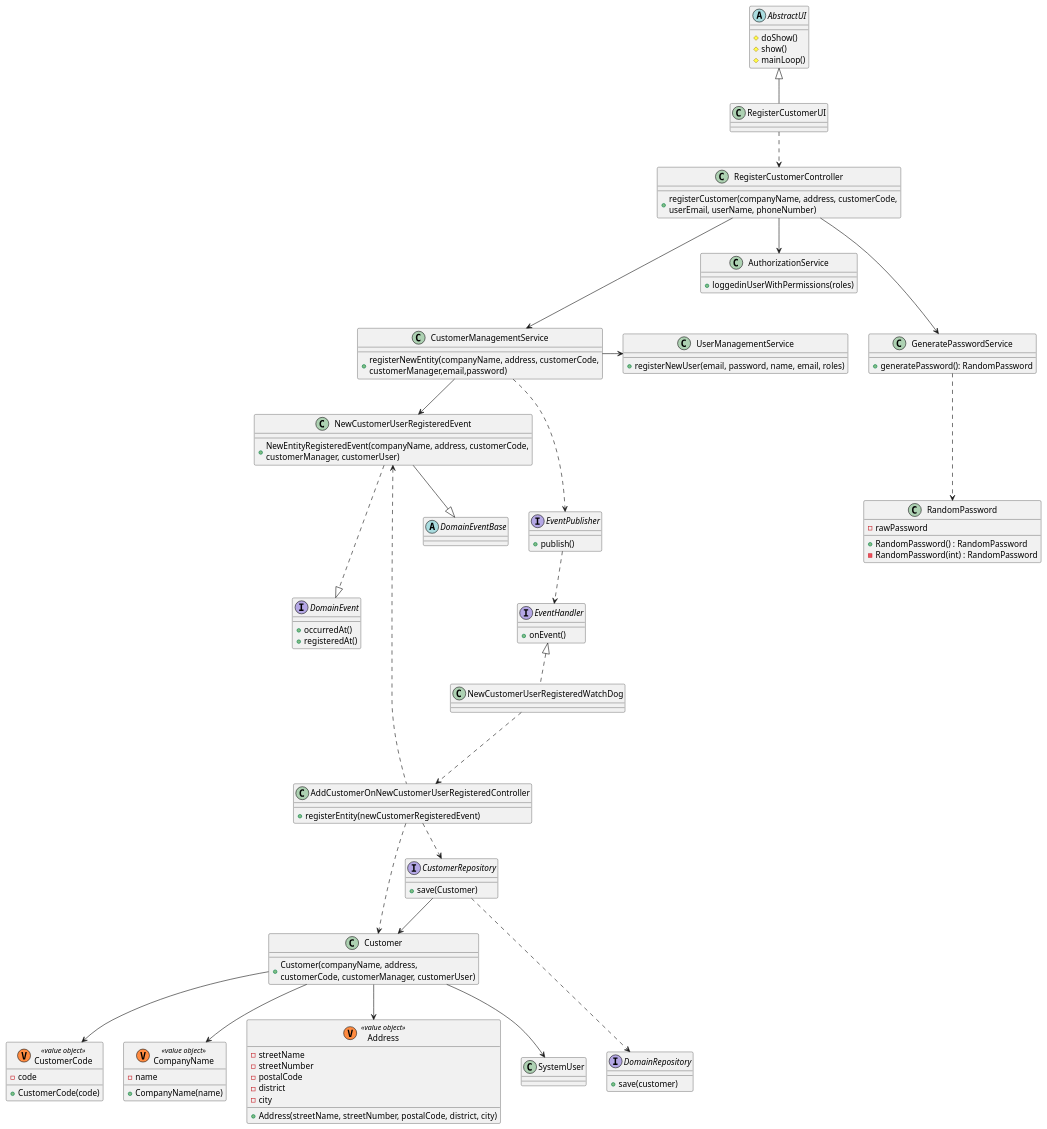
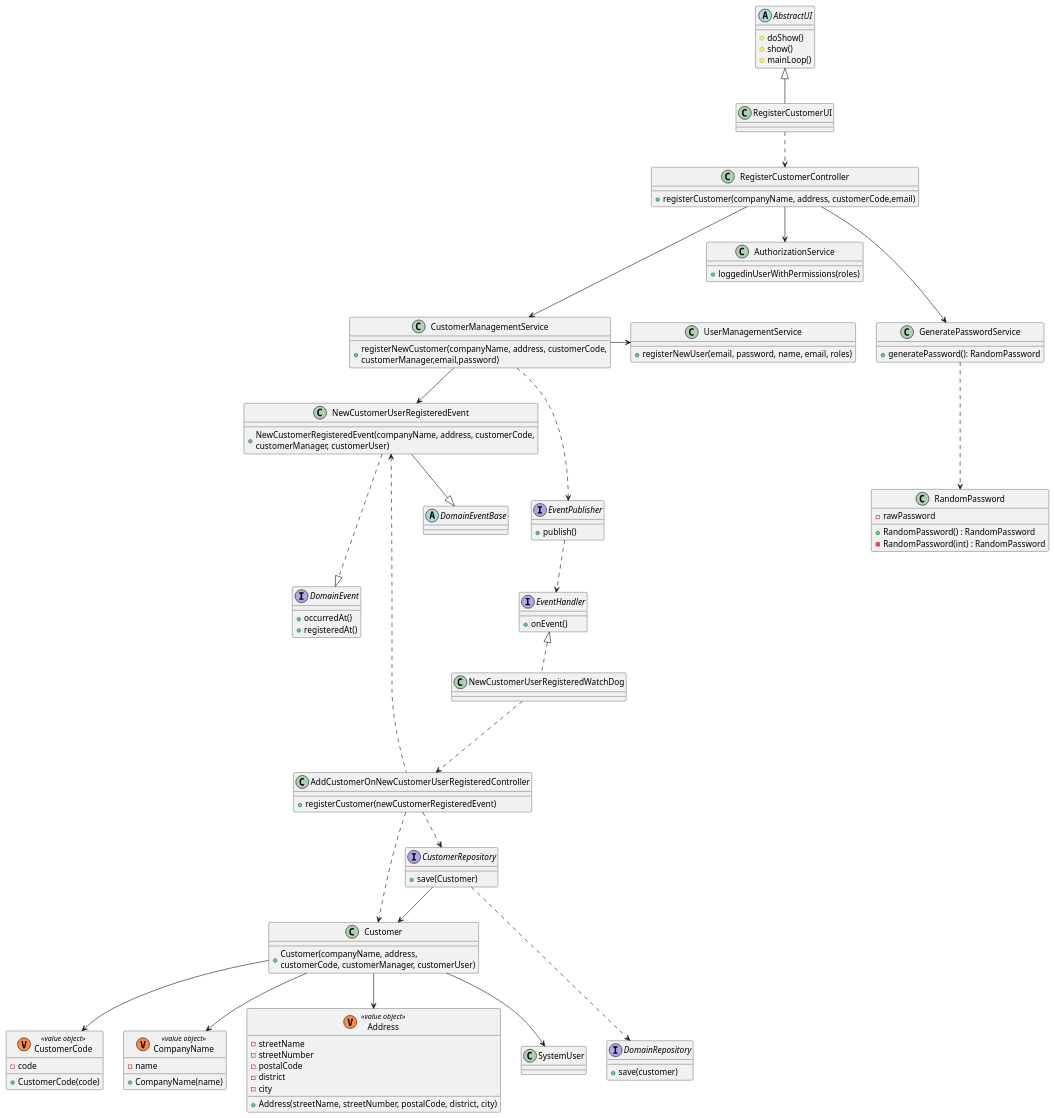
The diagram in docs/sb_us_1001/class-diagram.puml (rita-barbosa/LAPR4-2324), drawn with PlantUML before and after one commit. The commit also changed 5 other files, not shown here.

```diff
--- a/docs/sb_us_1001/class-diagram.puml
+++ b/docs/sb_us_1001/class-diagram.puml
@@ -1,126 +1,126 @@
 @startuml
 
 
 
 abstract class AbstractUI {
     # doShow()
     # show()
     # mainLoop()
 }
 
 class AuthorizationService {
     + loggedinUserWithPermissions(roles)
 }
 
 class UserManagementService {
     + registerNewUser(email, password, name, email, roles)
 }
 class CustomerManagementService {
-    +  registerNewEntity(companyName, address, customerCode,\ncustomerManager,email,password)
+    +  registerNewCustomer(companyName, address, customerCode,\ncustomerManager,email,password)
 }
 
 interface EventPublisher{
     + publish()
 }
 interface EventHandler{
     + onEvent()
 }
 interface DomainEvent{
     + occurredAt()
     + registeredAt()
 }
 interface DomainRepository{
 + save(customer)
 }
 
 
 
 class RegisterCustomerUI {
 
 }
 
 class RegisterCustomerController{
-+ registerCustomer(companyName, address, customerCode,\nuserEmail, userName, phoneNumber)
++ registerCustomer(companyName, address, customerCode,email)
 }
 class AddCustomerOnNewCustomerUserRegisteredController{
-+ registerEntity(newCustomerRegisteredEvent)
++ registerCustomer(newCustomerRegisteredEvent)
 }
 class GeneratePasswordService {
 + generatePassword(): RandomPassword
 }
 
 class RandomPassword{
 - rawPassword
 + RandomPassword() : RandomPassword
 - RandomPassword(int) : RandomPassword
 }
 
 class Customer{
 + Customer(companyName, address,\ncustomerCode, customerManager, customerUser)
 }
 
 
 interface CustomerRepository {
 + save(Customer)
 }
 class CustomerCode <<(V,#FF8B40) value object>>  {
 - code
 + CustomerCode(code)
 }
 class CompanyName <<(V,#FF8B40) value object>> {
 - name
 + CompanyName(name)
 }
 class Address <<(V,#FF8B40) value object>> {
 - streetName
 - streetNumber
 - postalCode
 - district
 - city
 + Address(streetName, streetNumber, postalCode, district, city)
 }
 class NewCustomerUserRegisteredEvent{
-+ NewEntityRegisteredEvent(companyName, address, customerCode,\ncustomerManager, customerUser)
++ NewCustomerRegisteredEvent(companyName, address, customerCode,\ncustomerManager, customerUser)
 }
 abstract class DomainEventBase {
 }
 class NewCustomerUserRegisteredWatchDog{
 }
 
 class SystemUser{
 }
 
 AbstractUI <|-- RegisterCustomerUI
 RegisterCustomerUI .-> RegisterCustomerController
 
 
 NewCustomerUserRegisteredEvent --|> DomainEventBase
 NewCustomerUserRegisteredEvent .--|> DomainEvent
 
 NewCustomerUserRegisteredWatchDog .-up|> EventHandler
 NewCustomerUserRegisteredWatchDog .--> AddCustomerOnNewCustomerUserRegisteredController
 EventPublisher .-> EventHandler
 Customer --> CompanyName
 Customer --> CustomerCode
 Customer --> Address
 Customer --> SystemUser
 CustomerRepository .--> DomainRepository
 CustomerRepository --> Customer
 
 RegisterCustomerController --> AuthorizationService
 CustomerManagementService -> UserManagementService
 RegisterCustomerController ---> CustomerManagementService
 RegisterCustomerController ---> GeneratePasswordService
 CustomerManagementService --> NewCustomerUserRegisteredEvent
 CustomerManagementService .--> EventPublisher
 
 GeneratePasswordService .--> RandomPassword
 AddCustomerOnNewCustomerUserRegisteredController .-up-> NewCustomerUserRegisteredEvent
 AddCustomerOnNewCustomerUserRegisteredController .-> Customer
 AddCustomerOnNewCustomerUserRegisteredController .-> CustomerRepository
 
 
 
 
 
 @enduml
```
